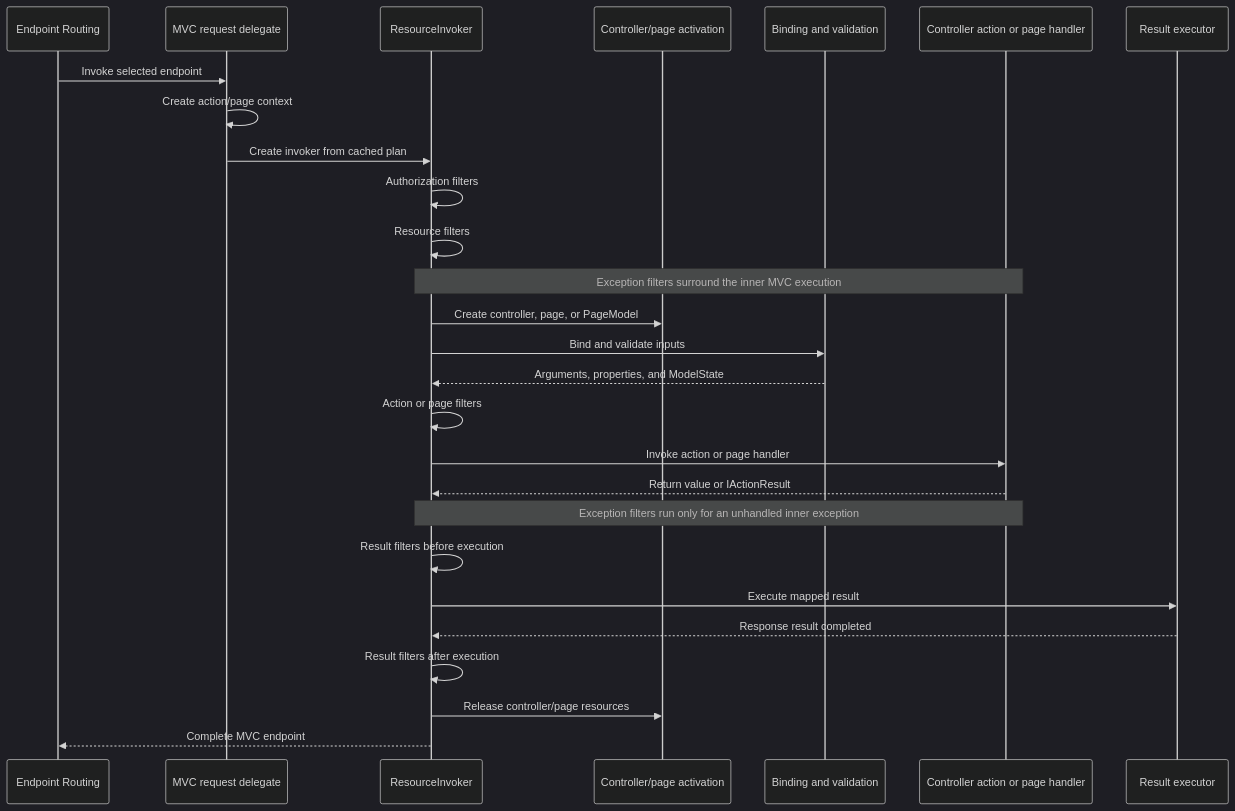
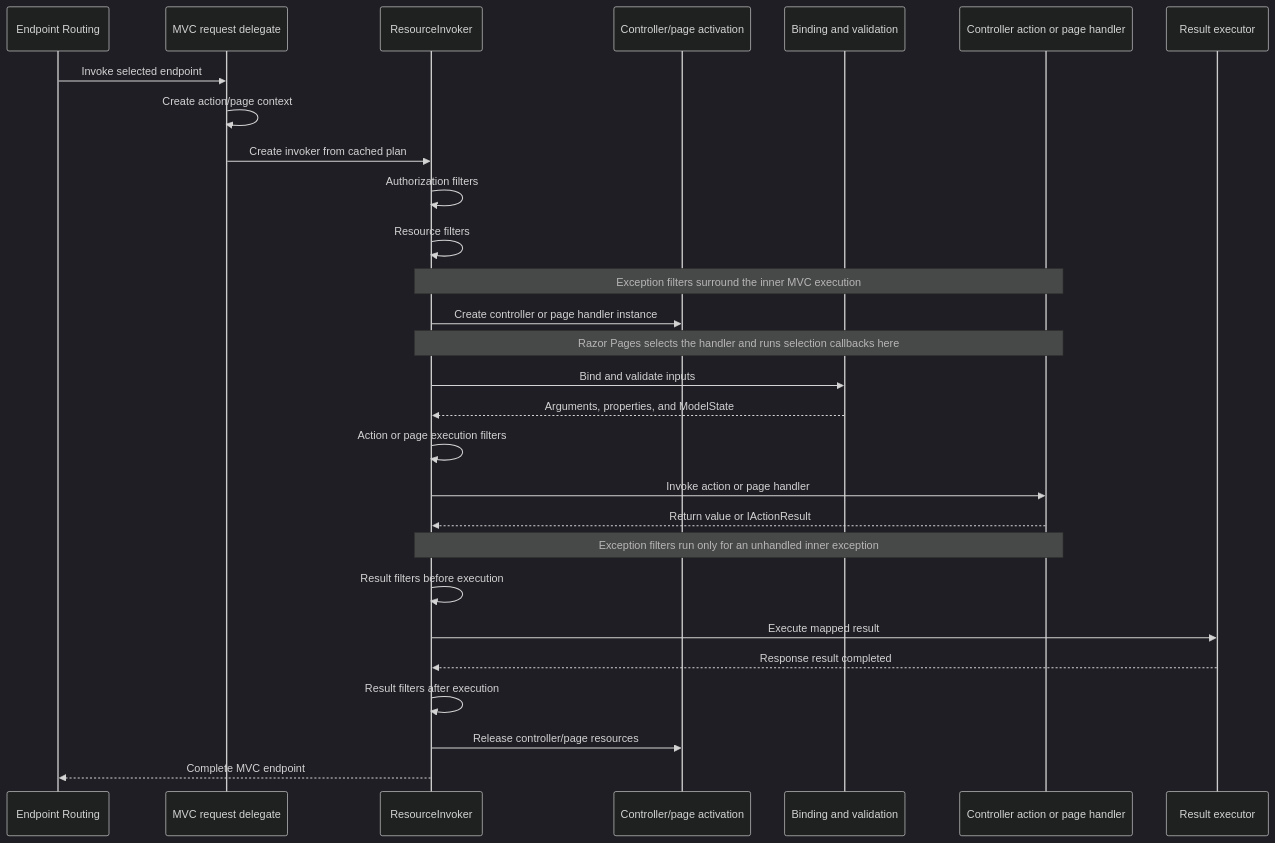
One commit to dotnet/aspnetcore changed the second of 2 diagrams in src/Mvc/ARCHITECTURE.md. Above: the diagram before and after it, drawn with Mermaid (dark theme). The commit also changed other lines of this file, not shown here.

Commit message:
Address MVC architecture review feedback

````diff
--- a/src/Mvc/ARCHITECTURE.md
+++ b/src/Mvc/ARCHITECTURE.md
@@ -143,30 +143,31 @@
 ```mermaid
 sequenceDiagram
     participant Routing as Endpoint Routing
     participant Delegate as MVC request delegate
     participant Invoker as ResourceInvoker
     participant Activator as Controller/page activation
     participant Binder as Binding and validation
     participant App as Controller action or page handler
     participant Result as Result executor
 
     Routing->>Delegate: Invoke selected endpoint
     Delegate->>Delegate: Create action/page context
     Delegate->>Invoker: Create invoker from cached plan
     Invoker->>Invoker: Authorization filters
     Invoker->>Invoker: Resource filters
     Note over Invoker,App: Exception filters surround the inner MVC execution
-    Invoker->>Activator: Create controller, page, or PageModel
+    Invoker->>Activator: Create controller or page handler instance
+    Note over Invoker,App: Razor Pages selects the handler and runs selection callbacks here
     Invoker->>Binder: Bind and validate inputs
     Binder-->>Invoker: Arguments, properties, and ModelState
-    Invoker->>Invoker: Action or page filters
+    Invoker->>Invoker: Action or page execution filters
     Invoker->>App: Invoke action or page handler
     App-->>Invoker: Return value or IActionResult
     Note over Invoker,App: Exception filters run only for an unhandled inner exception
     Invoker->>Invoker: Result filters before execution
     Invoker->>Result: Execute mapped result
     Result-->>Invoker: Response result completed
     Invoker->>Invoker: Result filters after execution
     Invoker->>Activator: Release controller/page resources
     Invoker-->>Routing: Complete MVC endpoint
 ```
````
